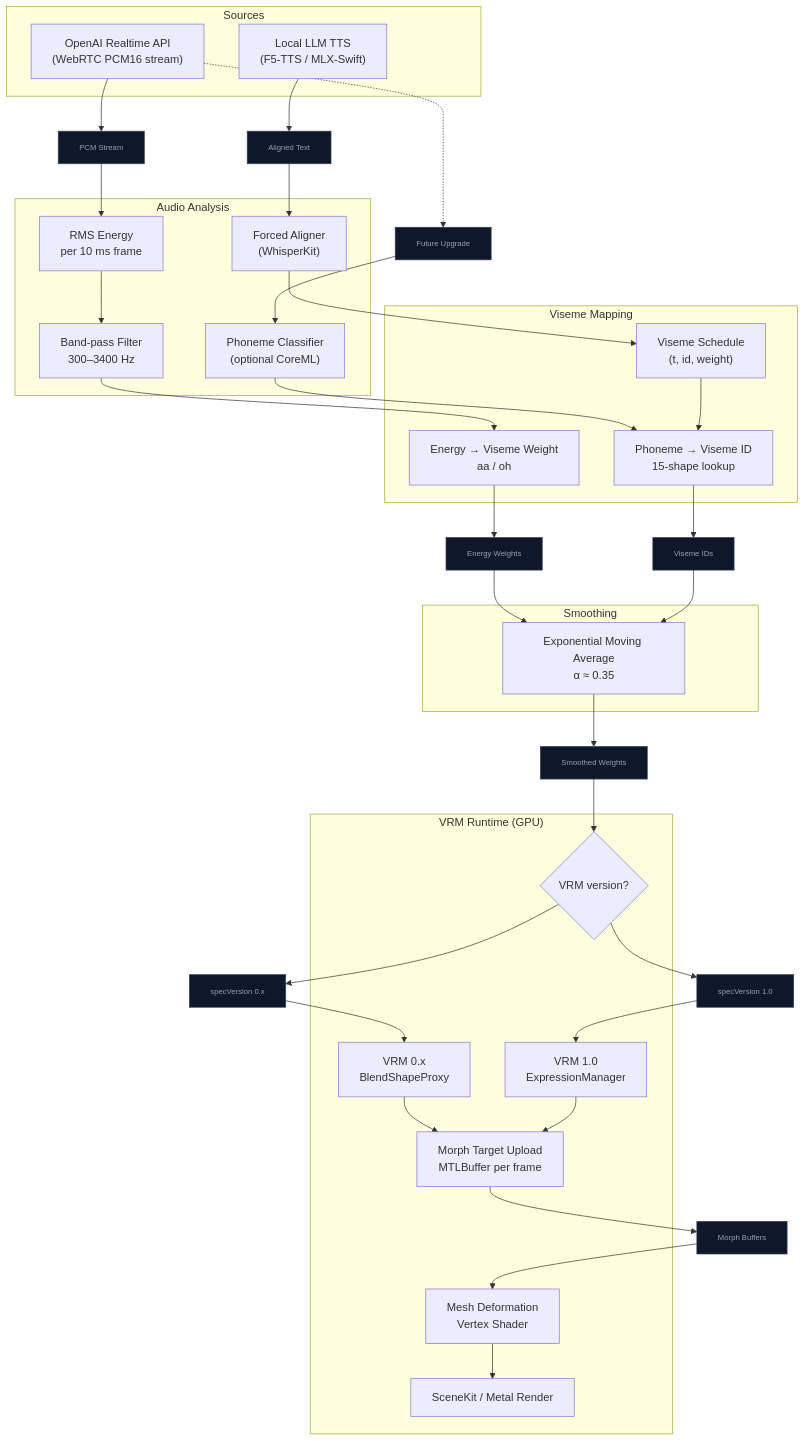
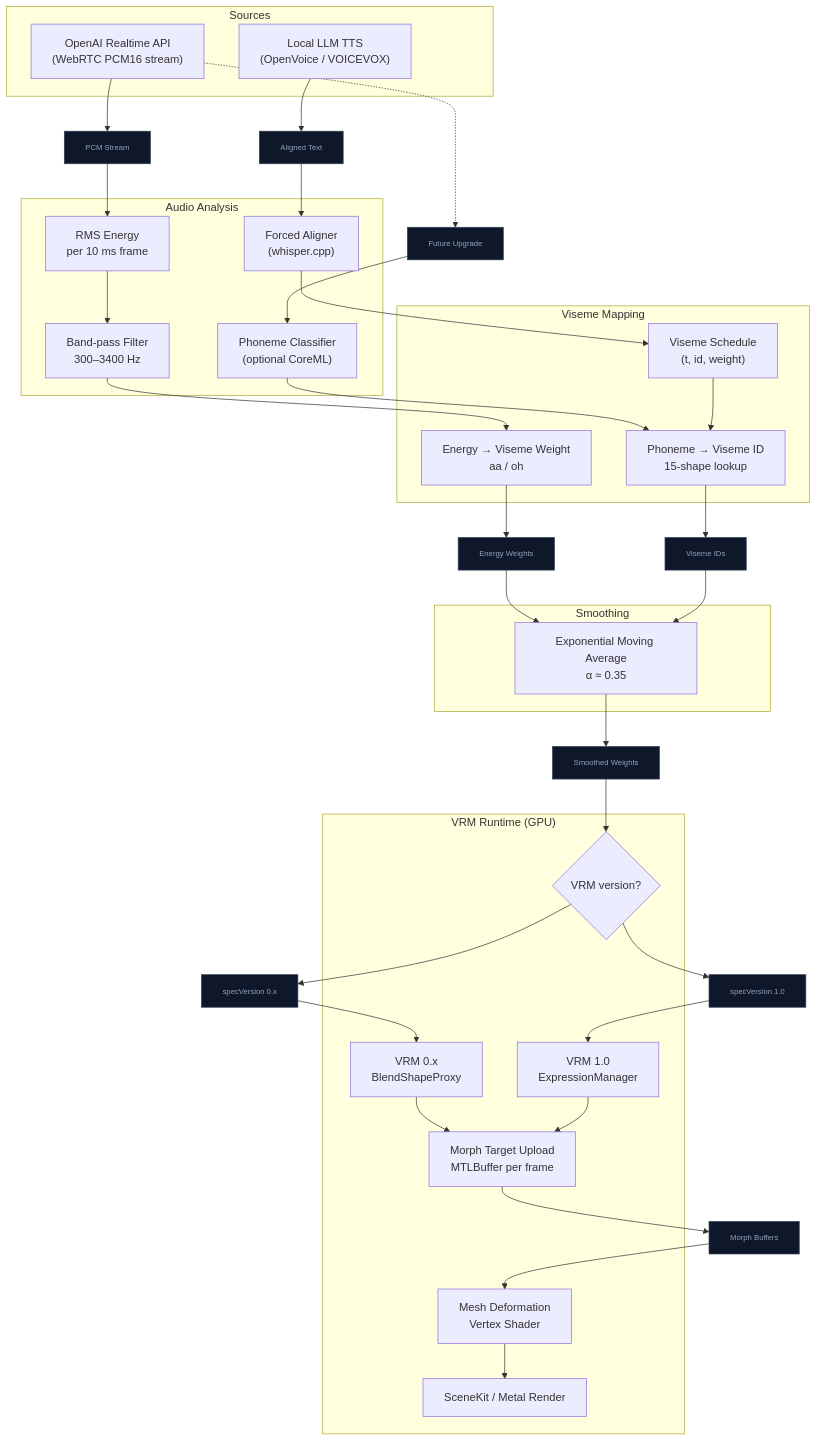
Before and after one commit to kevinliddel/NeuraLink: the diagram in docs/LipSync.md, drawn with Mermaid. The commit also changed other lines of this file and 7 other files, not shown here.

Commit message:
chore: update local TTS/memory documentation to reflect new engine architectures and configuration details.

````diff
--- a/docs/LipSync.md
+++ b/docs/LipSync.md
@@ -167,57 +167,57 @@
 ```mermaid
 flowchart TD
     %% Sources
     subgraph Sources
         OAI["OpenAI Realtime API\n(WebRTC PCM16 stream)"]
-        TTS["Local LLM TTS\n(F5-TTS / MLX-Swift)"]
+        TTS["Local LLM TTS\n(OpenVoice / VOICEVOX)"]
     end
 
     %% Audio Analysis
     subgraph AudioAnalysis["Audio Analysis"]
         RMS["RMS Energy\nper 10 ms frame"]
         BPF["Band-pass Filter\n300–3400 Hz"]
         PHO["Phoneme Classifier\n(optional CoreML)"]
-        ALN["Forced Aligner\n(WhisperKit)"]
+        ALN["Forced Aligner\n(whisper.cpp)"]
     end
 
     %% Viseme Mapping
     subgraph VisemeMapper["Viseme Mapping"]
         EV["Energy → Viseme Weight\naa / oh"]
         PV["Phoneme → Viseme ID\n15-shape lookup"]
         SCH["Viseme Schedule\n(t, id, weight)"]
     end
 
     %% Smoothing
     subgraph Smoothing
         EMA["Exponential Moving Average\nα ≈ 0.35"]
     end
 
     %% VRM Runtime
     subgraph VRMRuntime["VRM Runtime (GPU)"]
         VER{"VRM version?"}
         V0["VRM 0.x\nBlendShapeProxy"]
         V1["VRM 1.0\nExpressionManager"]
         MORPH["Morph Target Upload\nMTLBuffer per frame"]
         MESH["Mesh Deformation\nVertex Shader"]
         RENDER["SceneKit / Metal Render"]
     end
 
     %% Flow
     OAI --> D1["PCM Stream"] --> RMS --> BPF --> EV
     OAI -.-> D2["Future Upgrade"] --> PHO --> PV
     TTS --> D3["Aligned Text"] --> ALN --> SCH --> PV
 
     EV --> D4["Energy Weights"] --> EMA
     PV --> D5["Viseme IDs"] --> EMA
 
     EMA --> D6["Smoothed Weights"] --> VER
 
     VER --> D7["specVersion 0.x"] --> V0 --> MORPH
     VER --> D8["specVersion 1.0"] --> V1 --> MORPH
 
     MORPH --> D9["Morph Buffers"] --> MESH --> RENDER
 
     %% Data style (consistent with your other diagrams)
     classDef data fill:#0f172a,stroke:#334155,color:#94a3b8,font-size:11px
     class D1,D2,D3,D4,D5,D6,D7,D8,D9 data
 ```
````
